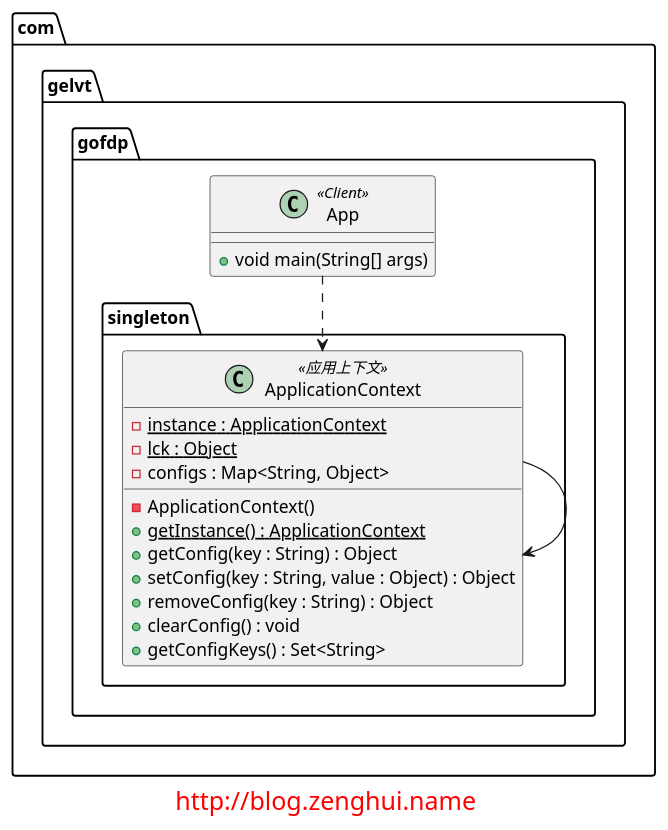
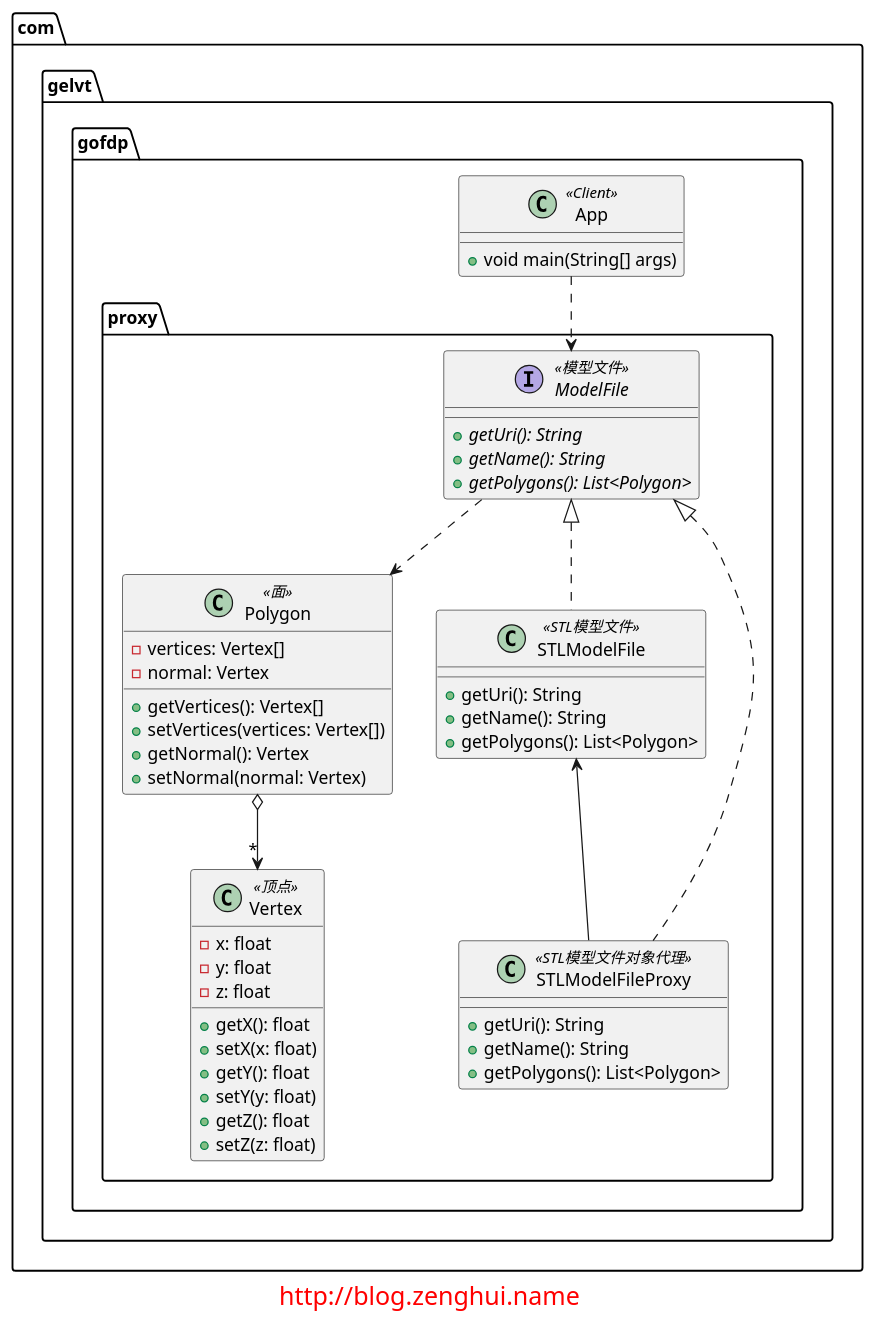
The diagram in proxy/diagrams/proxy.puml (elvinzeng/java-design-pattern-samples), drawn with PlantUML before and after one commit. The commit also changed 3 other files, not shown here.

Commit message:
绘制好代理模式例子类图

```diff
--- a/proxy/diagrams/proxy.puml
+++ b/proxy/diagrams/proxy.puml
@@ -1,36 +1,63 @@
 @startuml
 
-package com.gelvt.gofdp.singleton{
+package com.gelvt.gofdp.proxy{
 
-
-    class ApplicationContext <<应用上下文>> {
-        - instance : ApplicationContext {static}
-        - lck : Object {static}
-        - configs : Map<String, Object>
-        - ApplicationContext()
-        + getInstance() : ApplicationContext {static}
-        + getConfig(key : String) : Object
-        + setConfig(key : String, value : Object) : Object
-        + removeConfig(key : String) : Object
-        + clearConfig() : void
-        + getConfigKeys() : Set<String>
+    interface ModelFile <<模型文件>>{
+        + {abstract} getUri(): String
+        + {abstract} getName(): String
+        + {abstract} getPolygons(): List<Polygon>
     }
 
-    ApplicationContext --> ApplicationContext
+    class Vertex <<顶点>>{
+        - x: float
+        - y: float
+        - z: float
+        + getX(): float
+        + setX(x: float)
+        + getY(): float
+        + setY(y: float)
+        + getZ(): float
+        + setZ(z: float)
+    }
 
+    class Polygon <<面>> {
+        - vertices: Vertex[]
+        - normal: Vertex
+        + getVertices(): Vertex[]
+        + setVertices(vertices: Vertex[])
+        + getNormal(): Vertex
+        + setNormal(normal: Vertex)
+    }
+
+    class STLModelFile <<STL模型文件>>{
+        + getUri(): String
+        + getName(): String
+        + getPolygons(): List<Polygon>
+    }
+
+    class STLModelFileProxy <<STL模型文件对象代理>>{
+        + getUri(): String
+        + getName(): String
+        + getPolygons(): List<Polygon>
+    }
+
+    ModelFile <|.. STLModelFile
+    ModelFile <|.. STLModelFileProxy
+    ModelFile ..> Polygon
+    Polygon o--> "*" Vertex
+    STLModelFile <-- STLModelFileProxy
 }
 
 package com.gelvt.gofdp{
     class App <<Client>>{
         + void main(String[] args)
     }
 }
 
-App ..> ApplicationContext
-
+App ..> ModelFile
 
 footer
 <font size="20" color="red">http://blog.zenghui.name</font>
 endfooter
 
 @enduml
```
